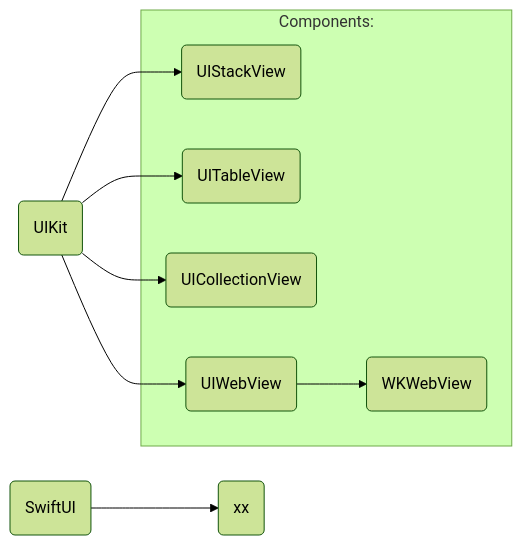
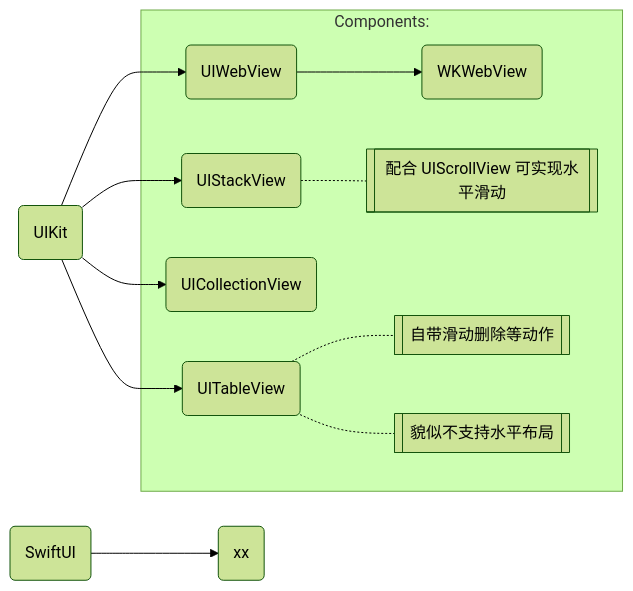
The diagram in blog_raw/blog/lang/swift_.md (joyous-x/blog), drawn with Mermaid (forest theme) before and after one commit. The commit also changed other lines of this file and 2 other files, not shown here.

````diff
--- a/blog_raw/blog/lang/swift_.md
+++ b/blog_raw/blog/lang/swift_.md
@@ -126,15 +148,18 @@
 ``` mermaid
 graph LR
   S(SwiftUI) --> X(xx)
   U(UIKit) --> A
   U(UIKit) --> B
   U(UIKit) --> C
   U(UIKit) --> D
 
   subgraph Components:
     A(UIStackView)
     B(UITableView)
     C(UICollectionView)
     D(UIWebView) --> DB(WKWebView)
+    A -.- DescAA[[配合 UIScrollView 可实现水平滑动 ]]
+    B -.- DescBA[[自带滑动删除等动作]]
+    B -.- DescBB[[貌似不支持水平布局]]
   end
 ```
````
